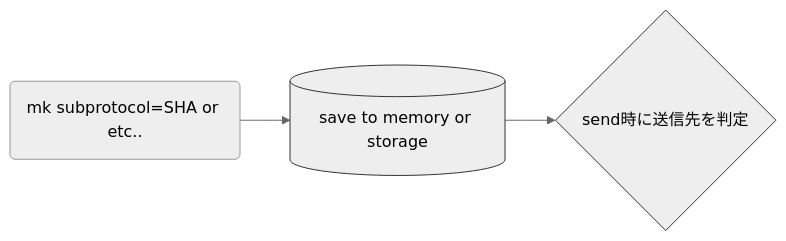
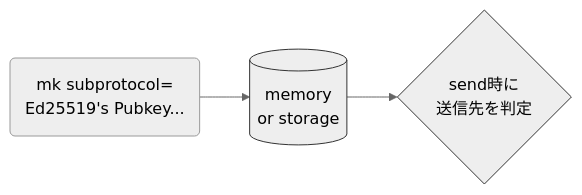
Before and after one commit to toshirot/w2w: the sixth of 6 diagrams in README.md, drawn with Mermaid (neutral theme). The commit also changed 1 other file, not shown here.

````diff
--- a/README.md
+++ b/README.md
@@ -270,14 +270,14 @@
 ```mermaid
 flowchart LR
 
 
     %%mk_id_1
-        single_type2c(mk subprotocol=SHA or etc..) 
-        db1[(save to memory or storage)]
-        %%single_type2s(save to memory or storage):::class_server
+        single_type2c(mk subprotocol=<br/>Ed25519's Pubkey...) 
+        db1[(memory<br/> or storage)]
+        %%single_type2s(memory or storage):::class_server
             single_type2c --> db1:::class_server
-            db1 --> A{"send時に送信先を判定"}:::class_server
+            db1 --> A{"send時に<br/>送信先を判定"}:::class_server
 
 classDef class_server fill:#eee,color:#000,stroke:#333
 classDef class_text fill:#fff,color:#000,stroke:#fff
 ```
````
